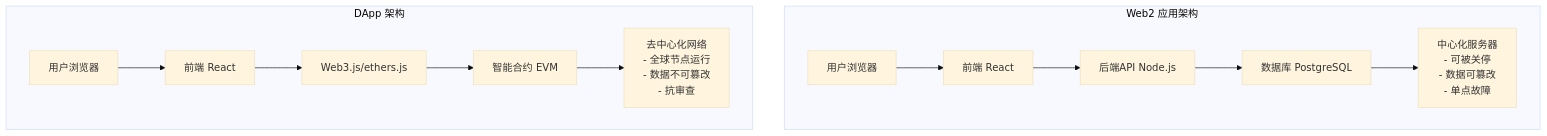
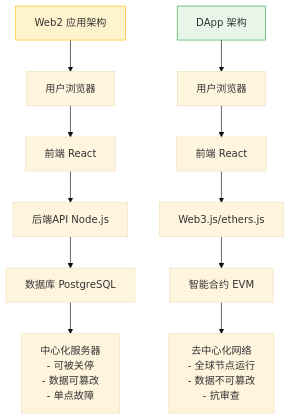
One commit to web3-wallet-org/web3-wallet-notes changed the diagram in docs/《精通以太坊》/第12章-去中心化应用.md. Above: the diagram before and after it, drawn with Mermaid (base theme). The commit also changed 5 other files, not shown here.

````diff
--- a/docs/《精通以太坊》/第12章-去中心化应用.md
+++ b/docs/《精通以太坊》/第12章-去中心化应用.md
@@ -11,16 +11,31 @@
 ```mermaid
 graph TB
-    subgraph Web2["Web2 应用架构"]
-        A["用户浏览器"] --> B["前端 React"]
-        B --> C["后端API Node.js"]
-        C --> D["数据库 PostgreSQL"]
-        D --> E["中心化服务器<br/>- 可被关停<br/>- 数据可篡改<br/>- 单点故障"]
-    end
+    Web2["Web2 应用架构"]
+    A["用户浏览器"]
+    B["前端 React"]
+    C["后端API Node.js"]
+    D["数据库 PostgreSQL"]
+    E["中心化服务器<br/>- 可被关停<br/>- 数据可篡改<br/>- 单点故障"]
     
-    subgraph DApp["DApp 架构"]
-        F["用户浏览器"] --> G["前端 React"]
-        G --> H["Web3.js/ethers.js"]
-        H --> I["智能合约 EVM"]
-        I --> J["去中心化网络<br/>- 全球节点运行<br/>- 数据不可篡改<br/>- 抗审查"]
-    end
+    DApp["DApp 架构"]
+    F["用户浏览器"]
+    G["前端 React"]
+    H["Web3.js/ethers.js"]
+    I["智能合约 EVM"]
+    J["去中心化网络<br/>- 全球节点运行<br/>- 数据不可篡改<br/>- 抗审查"]
+    
+    Web2 --> A
+    A --> B
+    B --> C
+    C --> D
+    D --> E
+    
+    DApp --> F
+    F --> G
+    G --> H
+    H --> I
+    I --> J
+    
+    style Web2 fill:#fff3cd,stroke:#ffc107,color:#333
+    style DApp fill:#e8f5e9,stroke:#28a745,color:#333
 ```
````
